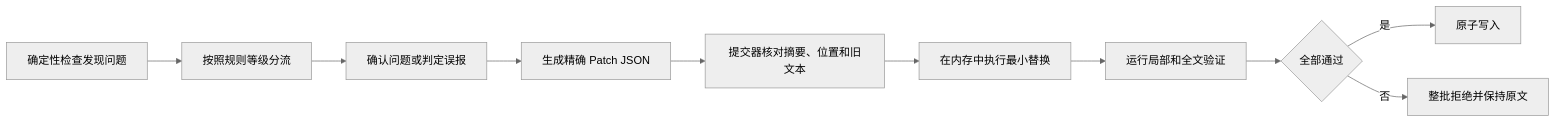
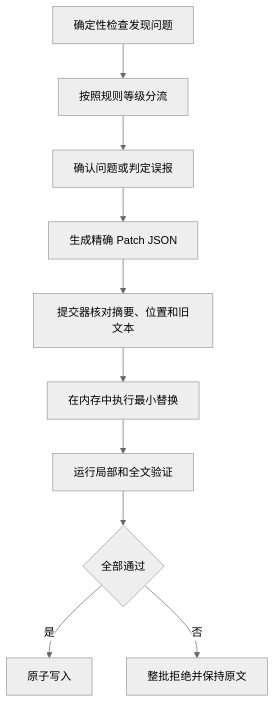
The diagram in runtime/verification-and-repair.md (AIALRA-0/agent-human-readable-technical-writing), drawn with Mermaid (neutral theme) before and after one commit. The commit also changed other lines of this file and 9 other files, not shown here.

````diff
--- a/runtime/verification-and-repair.md
+++ b/runtime/verification-and-repair.md
@@ -5,12 +5,12 @@
 ```mermaid
-flowchart LR
+flowchart TD
     A[确定性检查发现问题] --> B[按照规则等级分流]
     B --> C[确认问题或判定误报]
     C --> D[生成精确 Patch JSON]
     D --> E[提交器核对摘要、位置和旧文本]
     E --> F[在内存中执行最小替换]
     F --> G[运行局部和全文验证]
     G --> H{全部通过}
     H -->|是| I[原子写入]
     H -->|否| J[整批拒绝并保持原文]
 ```
````
